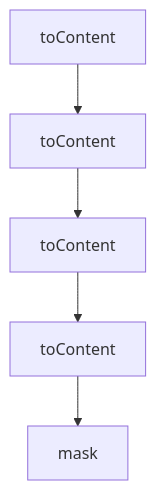
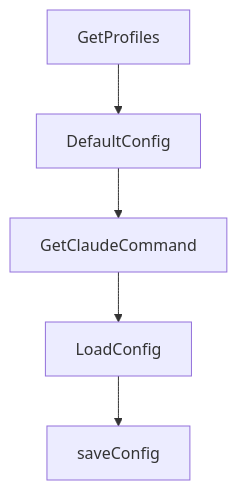
The diagram in tutorials/claude-squad-tutorial/06-autoyes-daemon-polling-and-safety-controls.md (johnxie/awesome-code-docs), drawn with Mermaid before and after one commit. The commit also changed other lines of this file and 1232 other files, not shown here.

````diff
--- a/tutorials/claude-squad-tutorial/06-autoyes-daemon-polling-and-safety-controls.md
+++ b/tutorials/claude-squad-tutorial/06-autoyes-daemon-polling-and-safety-controls.md
@@ -204,12 +202,12 @@
 ```mermaid
 flowchart TD
-    A[toContent]
-    B[toContent]
-    C[toContent]
-    D[toContent]
-    E[mask]
+    A[GetProfiles]
+    B[DefaultConfig]
+    C[GetClaudeCommand]
+    D[LoadConfig]
+    E[saveConfig]
     A --> B
     B --> C
     C --> D
     D --> E
 ```
````
